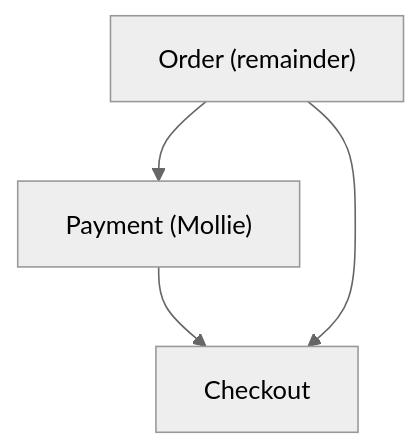
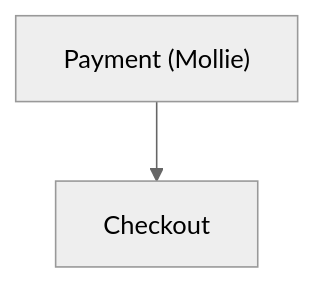
The diagram in docs/migration/migration-roadmap.md (bitstorm-tech/voenix-shop-kotlin), drawn with Mermaid (neutral theme) before and after one commit. The commit also changed other lines of this file and 109 other files, not shown here.

````diff
--- a/docs/migration/migration-roadmap.md
+++ b/docs/migration/migration-roadmap.md
@@ -79,6 +60,4 @@
 ```mermaid
 graph TD
-    Order["Order (remainder)"] --> Payment["Payment (Mollie)"]
-    Payment --> Checkout
-    Order --> Checkout
+    Payment["Payment (Mollie)"] --> Checkout
 ```
````
